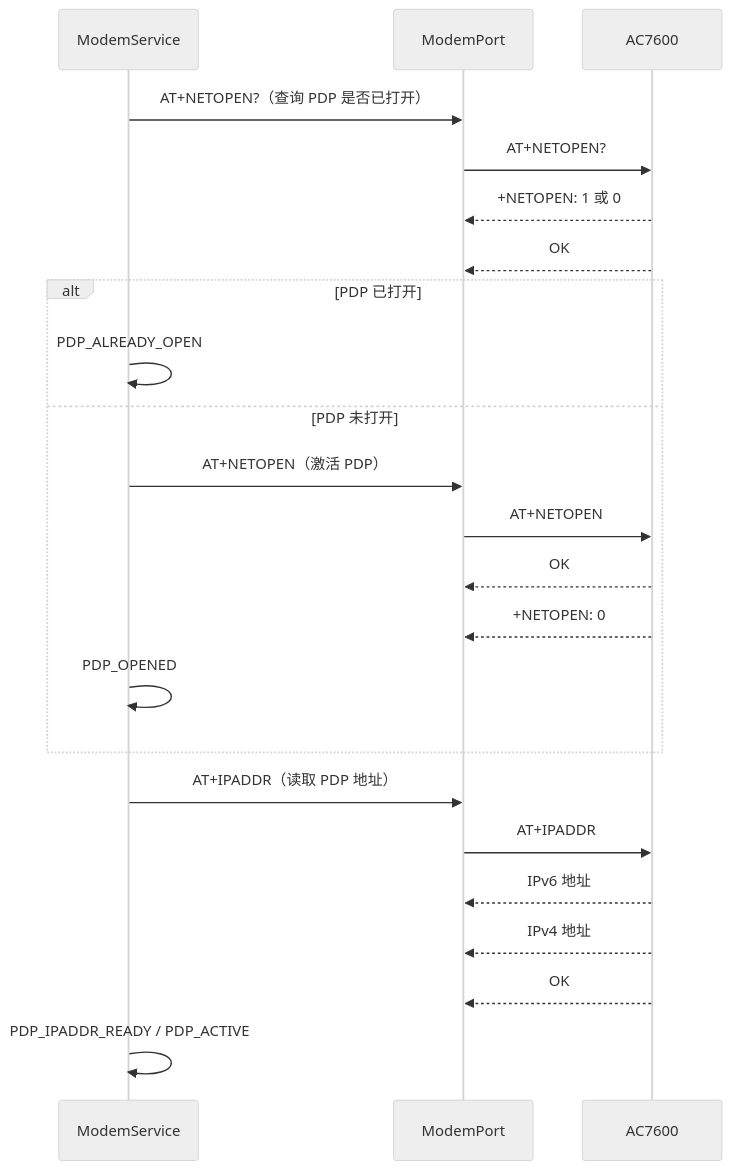
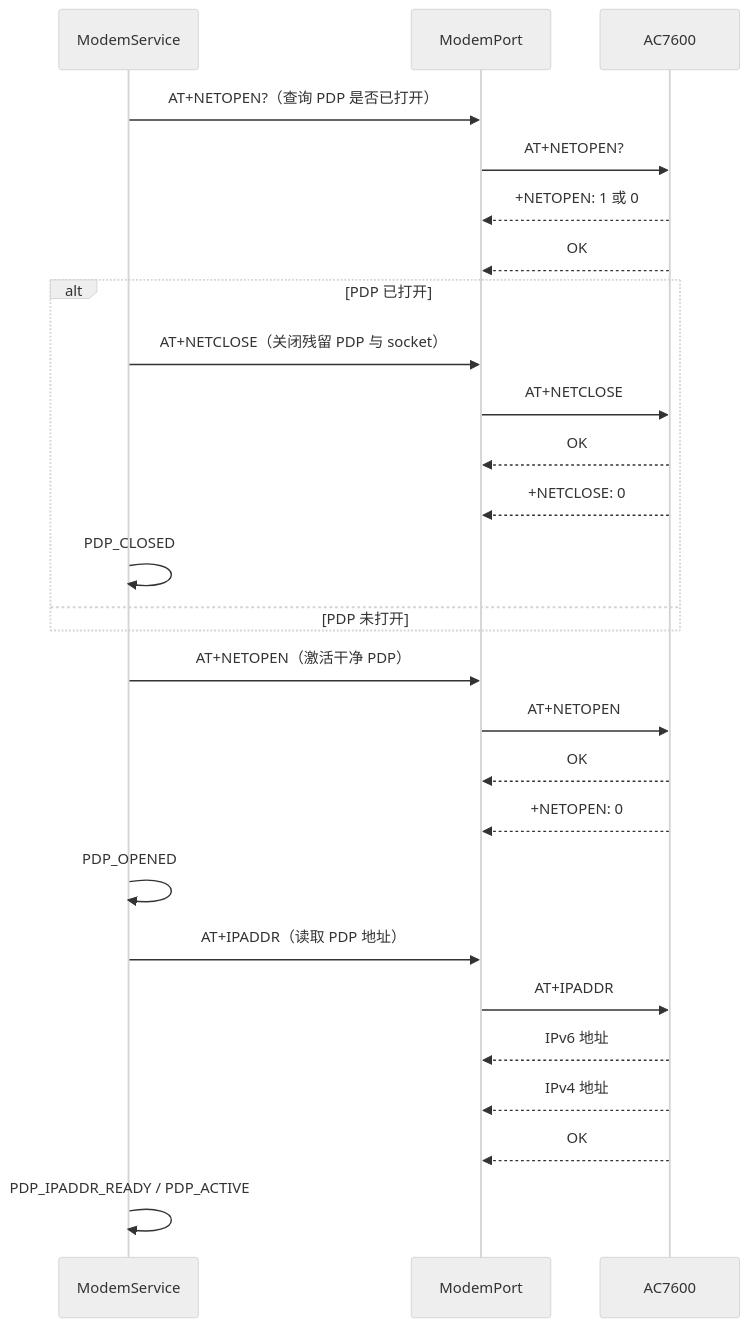
One commit to xiaojunzhong123/eCall changed the third of 7 diagrams in docs/AC7600_TCPIP_SWIMLANE.md. Above: the diagram before and after it, drawn with Mermaid (neutral theme). The commit also changed other lines of this file and 5 other files, not shown here.

````diff
--- a/docs/AC7600_TCPIP_SWIMLANE.md
+++ b/docs/AC7600_TCPIP_SWIMLANE.md
@@ -69,28 +69,33 @@
 ```mermaid
 sequenceDiagram
     participant S as ModemService
     participant P as ModemPort
     participant M as AC7600
 
     S->>P: AT+NETOPEN?（查询 PDP 是否已打开）
     P->>M: AT+NETOPEN?
     M-->>P: +NETOPEN: 1 或 0
     M-->>P: OK
 
     alt PDP 已打开
-        S->>S: PDP_ALREADY_OPEN
+        S->>P: AT+NETCLOSE（关闭残留 PDP 与 socket）
+        P->>M: AT+NETCLOSE
+        M-->>P: OK
+        M-->>P: +NETCLOSE: 0
+        S->>S: PDP_CLOSED
     else PDP 未打开
-        S->>P: AT+NETOPEN（激活 PDP）
-        P->>M: AT+NETOPEN
-        M-->>P: OK
-        M-->>P: +NETOPEN: 0
-        S->>S: PDP_OPENED
     end
+
+    S->>P: AT+NETOPEN（激活干净 PDP）
+    P->>M: AT+NETOPEN
+    M-->>P: OK
+    M-->>P: +NETOPEN: 0
+    S->>S: PDP_OPENED
 
     S->>P: AT+IPADDR（读取 PDP 地址）
     P->>M: AT+IPADDR
     M-->>P: IPv6 地址
     M-->>P: IPv4 地址
     M-->>P: OK
     S->>S: PDP_IPADDR_READY / PDP_ACTIVE
 ```
````
